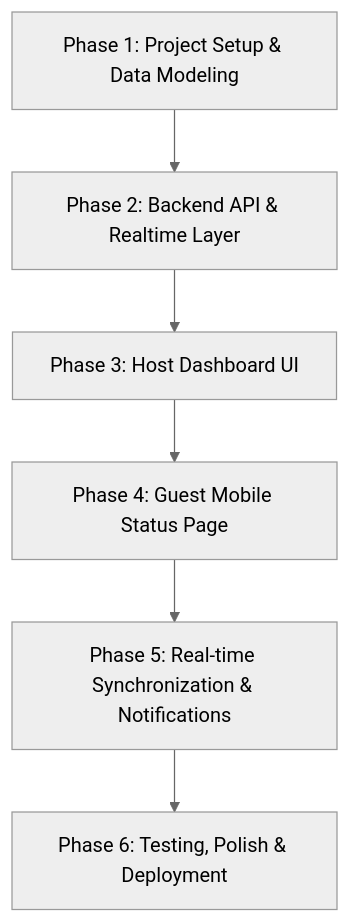
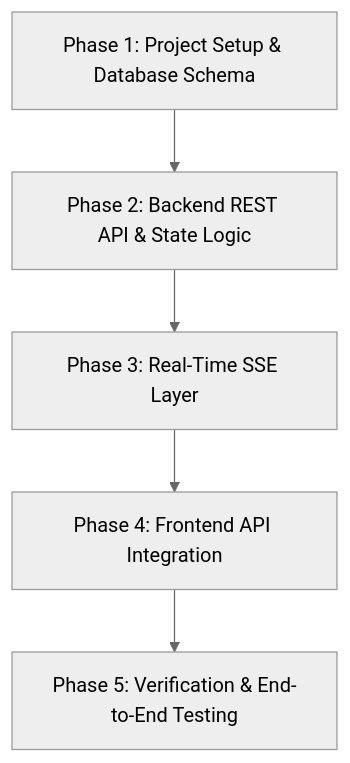
The diagram in week_2/plan.md (natan-mesay/ai-dev-tools-zoomcamp), drawn with Mermaid (neutral theme) before and after one commit. The commit also changed other lines of this file and 64 other files, not shown here.

````diff
--- a/week_2/plan.md
+++ b/week_2/plan.md
@@ -19,8 +19,7 @@
 ```mermaid
 flowchart TD
-    M1[Phase 1: Project Setup & Data Modeling] --> M2[Phase 2: Backend API & Realtime Layer]
-    M2 --> M3[Phase 3: Host Dashboard UI]
-    M3 --> M4[Phase 4: Guest Mobile Status Page]
-    M4 --> M5[Phase 5: Real-time Synchronization & Notifications]
-    M5 --> M6[Phase 6: Testing, Polish & Deployment]
+    M1[Phase 1: Project Setup & Database Schema] --> M2[Phase 2: Backend REST API & State Logic]
+    M2 --> M3[Phase 3: Real-Time SSE Layer]
+    M3 --> M4[Phase 4: Frontend API Integration]
+    M4 --> M5[Phase 5: Verification & End-to-End Testing]
 ```
````
